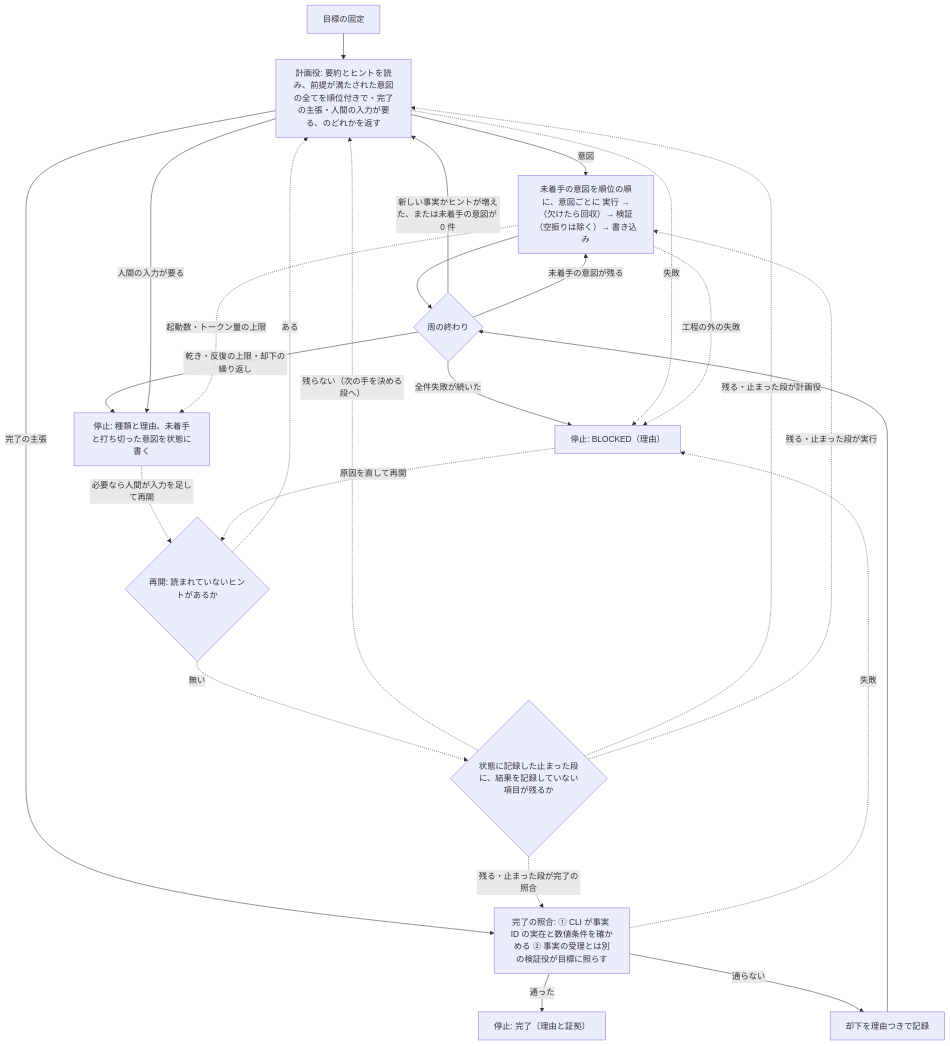
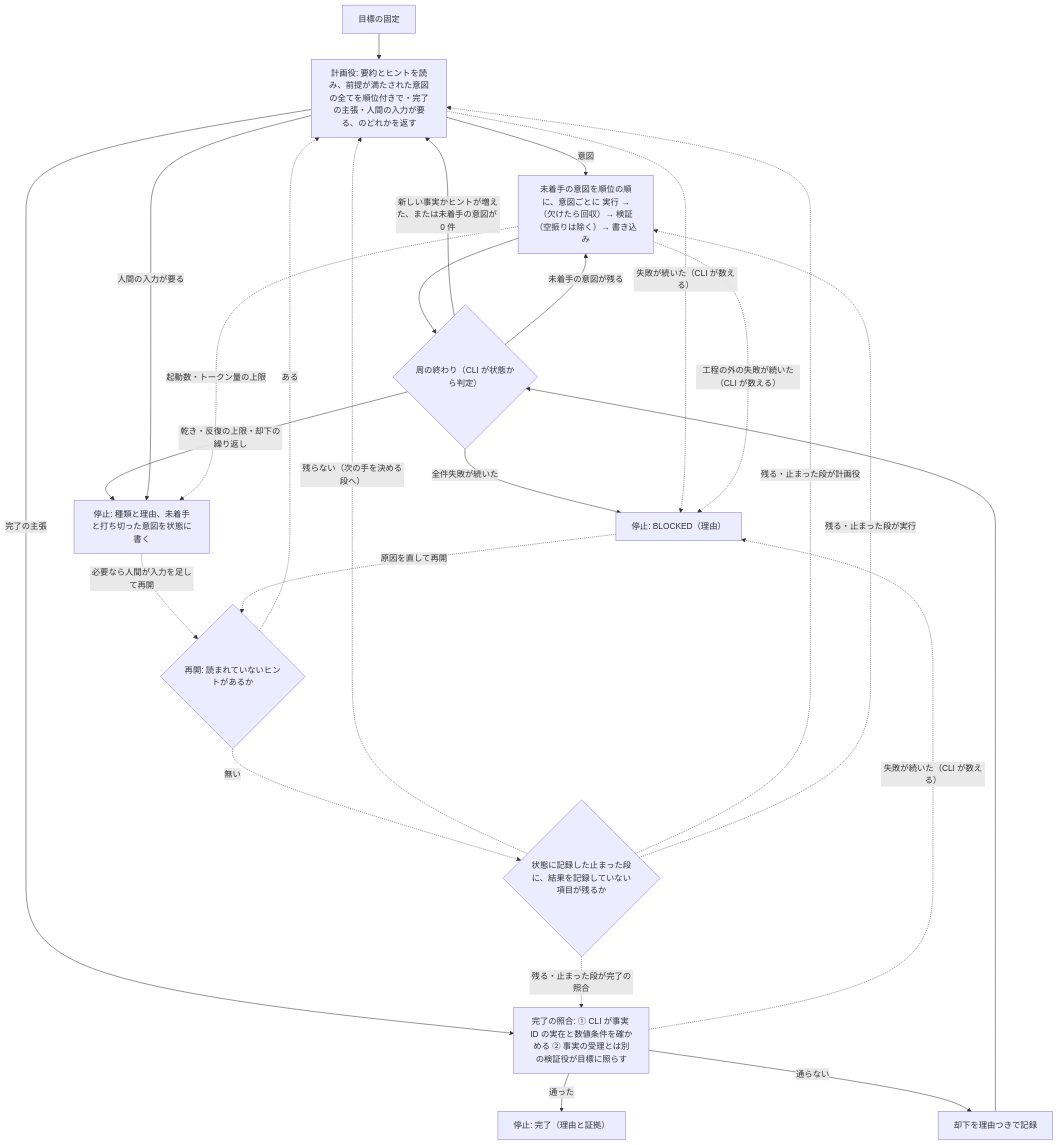
One commit to yoshiysh/claude-plugins changed the third of 3 diagrams in docs/design/skill-design-patterns.md. Above: the diagram before and after it, drawn with Mermaid. The commit also changed other lines of this file and 9 other files, not shown here.

````diff
--- a/docs/design/skill-design-patterns.md
+++ b/docs/design/skill-design-patterns.md
@@ -283,27 +286,27 @@
 ```mermaid
 flowchart TD
   A["目標の固定"] --> P["計画役: 要約とヒントを読み、前提が満たされた意図の全てを順位付きで・完了の主張・人間の入力が要る、のどれかを返す"]
   P -- 意図 --> X["未着手の意図を順位の順に、意図ごとに 実行 →（欠けたら回収）→ 検証（空振りは除く）→ 書き込み"]
   P -- 完了の主張 --> C["完了の照合: ① CLI が事実 ID の実在と数値条件を確かめる ② 事実の受理とは別の検証役が目標に照らす"]
   C -- 通った --> E["停止: 完了（理由と証拠）"]
   C -- 通らない --> RJ["却下を理由つきで記録"]
   RJ --> R
-  X --> R{"周の終わり"}
+  X --> R{"周の終わり（CLI が状態から判定）"}
   R -- "全件失敗が続いた" --> B["停止: BLOCKED（理由）"]
   R -- "乾き・反復の上限・却下の繰り返し" --> H["停止: 種類と理由、未着手と打ち切った意図を状態に書く"]
   R -- "新しい事実かヒントが増えた、または未着手の意図が 0 件" --> P
   R -- "未着手の意図が残る" --> X
   P -- 人間の入力が要る --> H
-  P -. 失敗 .-> B
-  C -. 失敗 .-> B
+  P -. "失敗が続いた（CLI が数える）" .-> B
+  C -. "失敗が続いた（CLI が数える）" .-> B
   X -. "起動数・トークン量の上限" .-> H
-  X -. "工程の外の失敗" .-> B
+  X -. "工程の外の失敗が続いた（CLI が数える）" .-> B
   H -. "必要なら人間が入力を足して再開" .-> RS{"再開: 読まれていないヒントがあるか"}
   B -. "原因を直して再開" .-> RS
   RS -. ある .-> P
   RS -. 無い .-> RS2{"状態に記録した止まった段に、結果を記録していない項目が残るか"}
   RS2 -. "残らない（次の手を決める段へ）" .-> P
   RS2 -. "残る・止まった段が計画役" .-> P
   RS2 -. "残る・止まった段が実行" .-> X
   RS2 -. "残る・止まった段が完了の照合" .-> C
 ```
````
